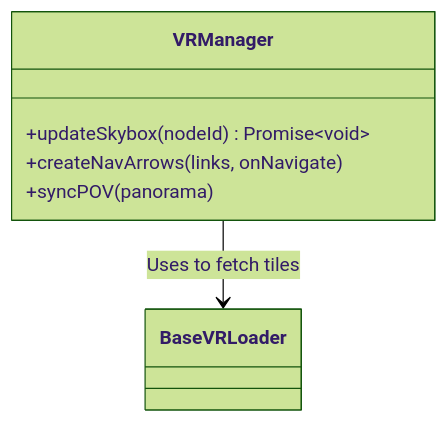
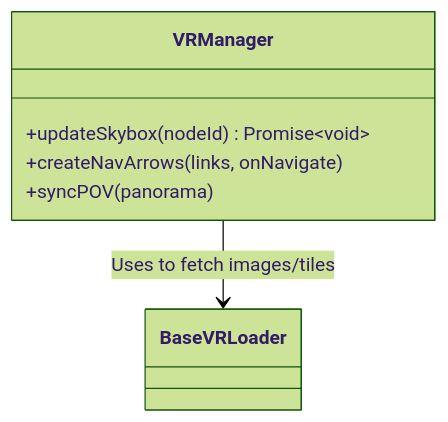
Diagram 46 of 49 in docs/CLIENT_DOCS.md (DrMarcoGilardi/BRANI-360), drawn with Mermaid (forest theme) before and after one commit. The commit also changed other lines of this file and 4 other files, not shown here.

````diff
--- a/docs/CLIENT_DOCS.md
+++ b/docs/CLIENT_DOCS.md
@@ -2243,9 +2227,9 @@
 ```mermaid
 classDiagram
-VRManager --> BaseVRLoader : Uses to fetch tiles
+VRManager --> BaseVRLoader : Uses to fetch images/tiles
 class VRManager{
 +updateSkybox(nodeId) Promise~void~
 +createNavArrows(links, onNavigate)
 +syncPOV(panorama)
 }
 ```
````
